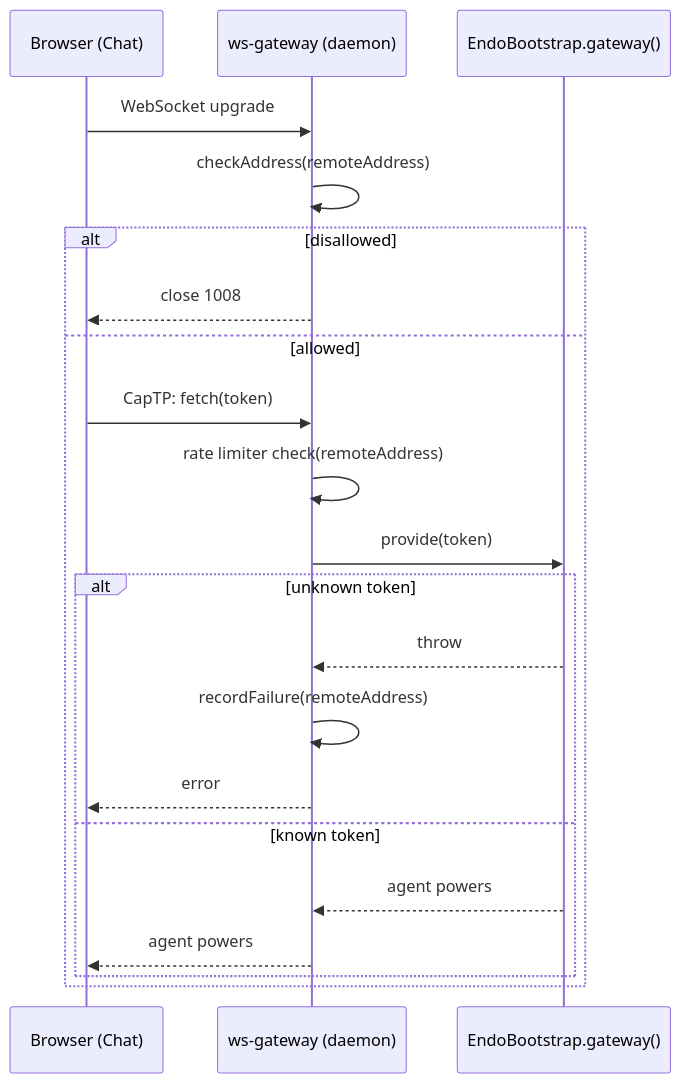
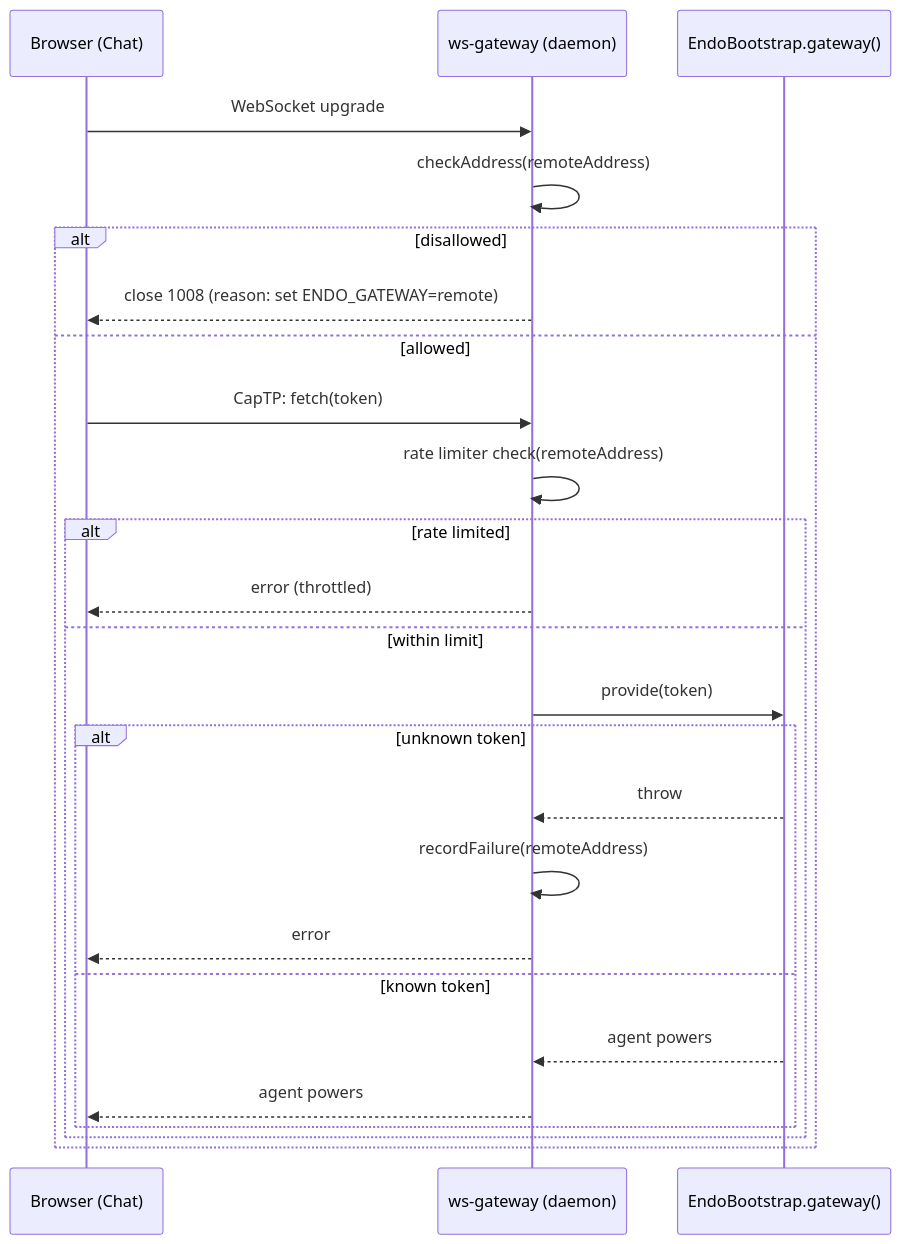
The diagram in designs/gateway-bearer-token-auth.md (endojs/endo-but-for-bots), drawn with Mermaid before and after one commit. The commit also changed other lines of this file and 2 other files, not shown here.

First line of the commit message:
design(gateway): address panel must-fix findings on gateway-bearer-token-auth reconcile

````diff
--- a/designs/gateway-bearer-token-auth.md
+++ b/designs/gateway-bearer-token-auth.md
@@ -164,23 +178,27 @@
 ```mermaid
 sequenceDiagram
     participant B as Browser (Chat)
     participant G as ws-gateway (daemon)
     participant D as EndoBootstrap.gateway()
     B->>G: WebSocket upgrade
     G->>G: checkAddress(remoteAddress)
     alt disallowed
-        G-->>B: close 1008
+        G-->>B: close 1008 (reason: set ENDO_GATEWAY=remote)
     else allowed
         B->>G: CapTP: fetch(token)
         G->>G: rate limiter check(remoteAddress)
-        G->>D: provide(token)
-        alt unknown token
-            D-->>G: throw
-            G->>G: recordFailure(remoteAddress)
-            G-->>B: error
-        else known token
-            D-->>G: agent powers
-            G-->>B: agent powers
+        alt rate limited
+            G-->>B: error (throttled)
+        else within limit
+            G->>D: provide(token)
+            alt unknown token
+                D-->>G: throw
+                G->>G: recordFailure(remoteAddress)
+                G-->>B: error
+            else known token
+                D-->>G: agent powers
+                G-->>B: agent powers
+            end
         end
     end
 ```
````
